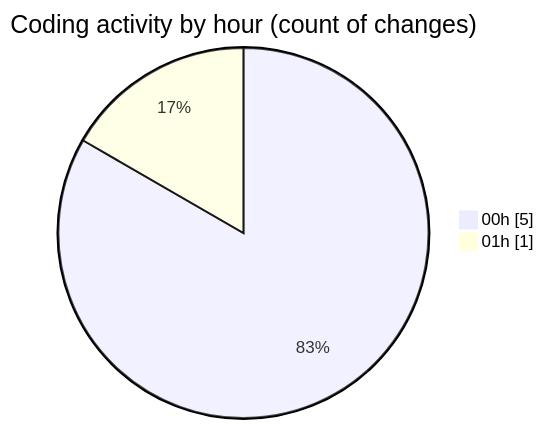
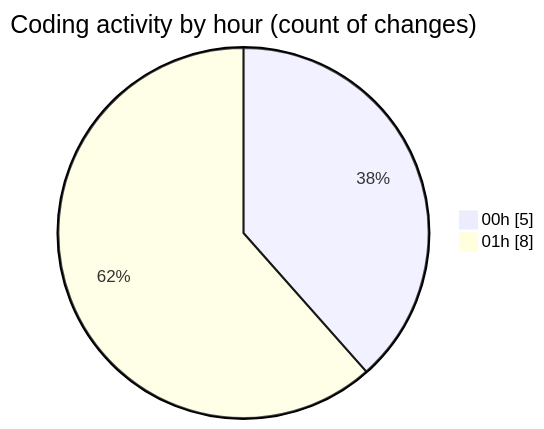
One commit to EIIisD/code-tracking changed the second of 2 diagrams in 2025-08-04/tw-server/README.md. Above: the diagram before and after it, drawn with Mermaid. The commit also changed other lines of this file and 1 other file, not shown here.

````diff
--- a/2025-08-04/tw-server/README.md
+++ b/2025-08-04/tw-server/README.md
@@ -29,6 +29,6 @@
 ```mermaid
 pie showData
 title Coding activity by hour (count of changes)
 "00h" : 5
-"01h" : 1
+"01h" : 8
 ```
````
